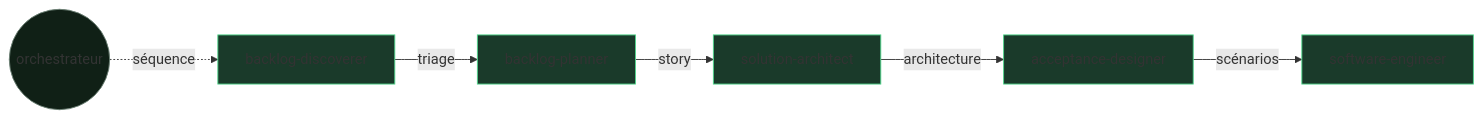
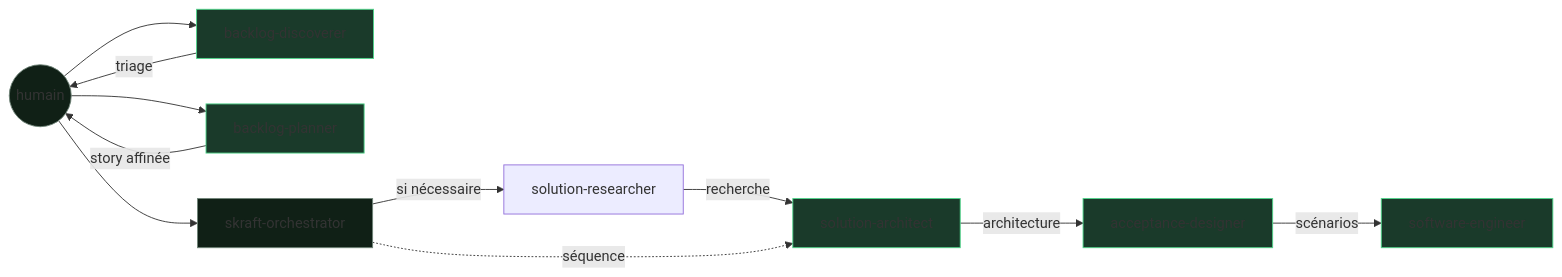
One commit to SebastienDegodez/skraft-plugin changed the diagram in docs/site/fr/explanation/pipeline/team.md. Above: the diagram before and after it, drawn with Mermaid. The commit also changed other lines of this file and 12 other files, not shown here.

````diff
--- a/docs/site/fr/explanation/pipeline/team.md
+++ b/docs/site/fr/explanation/pipeline/team.md
@@ -19,14 +20,20 @@
 ```mermaid
 graph LR
-    O((orchestrateur)) -.séquence.-> D
-    D[backlog-discoverer] -->|triage| DI[backlog-planner]
-    DI -->|story| DE[solution-architect]
+    H((humain)) --> D[backlog-discoverer]
+    D -->|triage| H
+    H --> DI[backlog-planner]
+    DI -->|story affinée| H
+    H --> O[skraft-orchestrator]
+    O -->|si nécessaire| R[solution-researcher]
+    R -->|recherche| DE[solution-architect]
+    O -.séquence.-> DE
     DE -->|architecture| DIS[acceptance-designer]
     DIS -->|scénarios| DEL[software-engineer]
+    style H fill:#102016,stroke:#6f8478
     style O fill:#102016,stroke:#6f8478
     style D fill:#1a3a2a,stroke:#4ed58a
     style DI fill:#1a3a2a,stroke:#4ed58a
     style DE fill:#1a3a2a,stroke:#4ed58a
     style DIS fill:#1a3a2a,stroke:#4ed58a
     style DEL fill:#1a3a2a,stroke:#4ed58a
 ```
````
